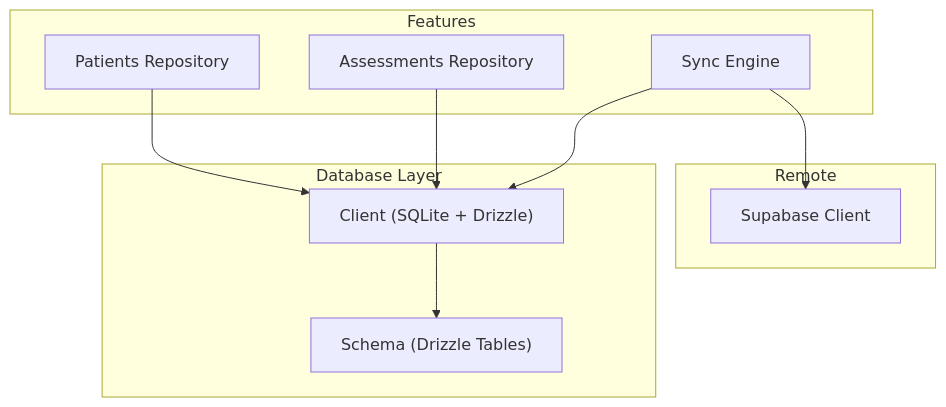
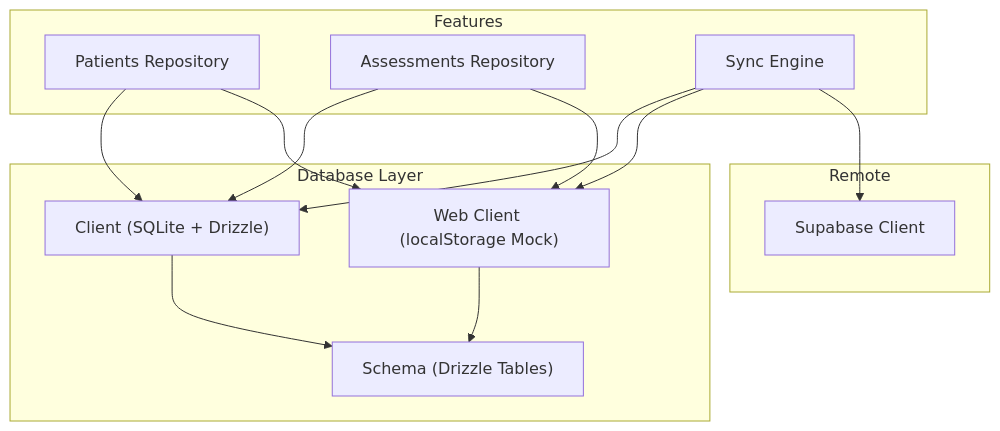
The first of 7 diagrams in .qoder/repowiki/en/content/Database Design.md (AdeelTahir-SE/DermSight), drawn with Mermaid before and after one commit. The commit also changed other lines of this file and 43 other files, not shown here.

````diff
--- a/.qoder/repowiki/en/content/Database Design.md
+++ b/.qoder/repowiki/en/content/Database Design.md
@@ -36,20 +48,25 @@
 ```mermaid
 graph TB
 subgraph "Database Layer"
 S["Schema (Drizzle Tables)"]
 C["Client (SQLite + Drizzle)"]
+CW["Web Client (localStorage Mock)"]
 end
 subgraph "Features"
 PRepo["Patients Repository"]
 ARepo["Assessments Repository"]
 Sync["Sync Engine"]
 end
 subgraph "Remote"
 Supa["Supabase Client"]
 end
 PRepo --> C
+PRepo --> CW
 ARepo --> C
+ARepo --> CW
 Sync --> C
+Sync --> CW
 Sync --> Supa
 C --> S
+CW --> S
 ```
````
